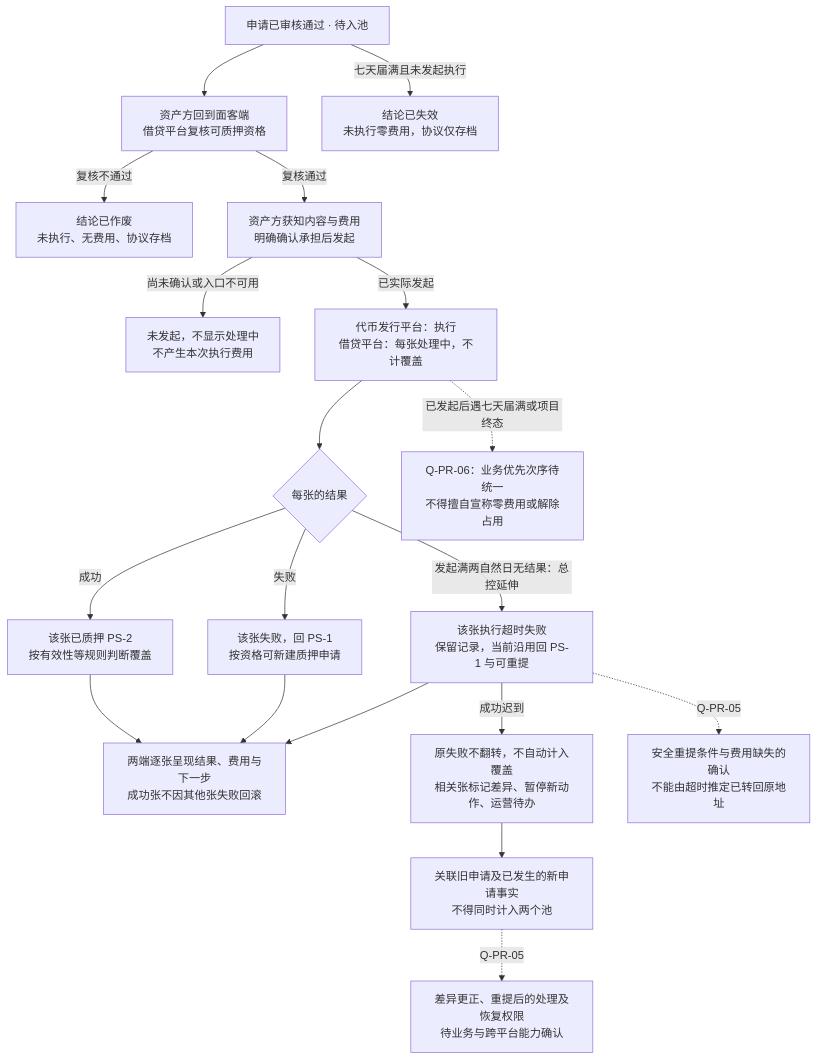
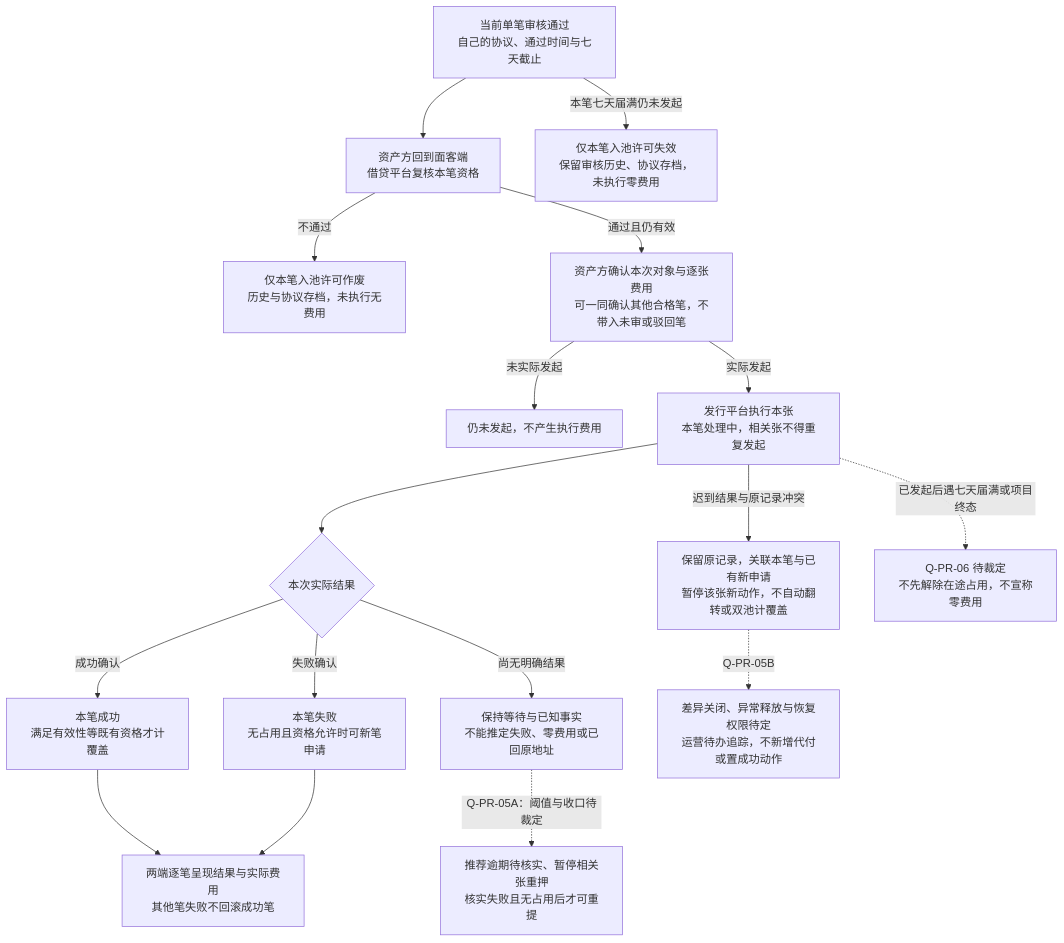
Before and after one commit to wxblockchain/Chain-Financing: the second of 5 diagrams in lending-platform/PRD/v1.0-代币质押审核/v1.0-代币质押审核-流程图与状态机.md, drawn with Mermaid. The commit also changed other lines of this file and 1 other file, not shown here.

````diff
--- a/lending-platform/PRD/v1.0-代币质押审核/v1.0-代币质押审核-流程图与状态机.md
+++ b/lending-platform/PRD/v1.0-代币质押审核/v1.0-代币质押审核-流程图与状态机.md
@@ -54,21 +55,19 @@
 ```mermaid
 flowchart TD
-  A["申请已审核通过 · 待入池"] --> B["资产方回到面客端<br/>借贷平台复核可质押资格"]
-  B -- "复核不通过" --> C["结论已作废<br/>未执行、无费用、协议存档"]
-  B -- "复核通过" --> D["资产方获知内容与费用<br/>明确确认承担后发起"]
-  D -- "尚未确认或入口不可用" --> E["未发起，不显示处理中<br/>不产生本次执行费用"]
-  D -- "已实际发起" --> F["代币发行平台：执行<br/>借贷平台：每张处理中，不计覆盖"]
-  F --> G{"每张的结果"}
-  G -- "成功" --> H["该张已质押 PS-2<br/>按有效性等规则判断覆盖"]
-  G -- "失败" --> I["该张失败，回 PS-1<br/>按资格可新建质押申请"]
-  G -- "发起满两自然日无结果：总控延伸" --> J["该张执行超时失败<br/>保留记录，当前沿用回 PS-1 与可重提"]
-  H --> K["两端逐张呈现结果、费用与下一步<br/>成功张不因其他张失败回滚"]
+  A["当前单笔审核通过<br/>自己的协议、通过时间与七天截止"] --> B["资产方回到面客端<br/>借贷平台复核本笔资格"]
+  B -- "不通过" --> C["仅本笔入池许可作废<br/>历史与协议存档，未执行无费用"]
+  B -- "通过且仍有效" --> D["资产方确认本次对象与逐张费用<br/>可一同确认其他合格笔，不带入未审或驳回笔"]
+  D -- "未实际发起" --> E["仍未发起，不产生执行费用"]
+  D -- "实际发起" --> F["发行平台执行本张<br/>本笔处理中，相关张不得重复发起"]
+  F --> G{"本次实际结果"}
+  G -- "成功确认" --> H["本笔成功<br/>满足有效性等既有资格才计覆盖"]
+  G -- "失败确认" --> I["本笔失败<br/>无占用且资格允许时可新笔申请"]
+  G -- "尚无明确结果" --> J["保持等待与已知事实<br/>不能推定失败、零费用或已回原地址"]
+  H --> K["两端逐笔呈现结果与实际费用<br/>其他笔失败不回滚成功笔"]
   I --> K
-  J --> K
-  J -- "成功迟到" --> L["原失败不翻转，不自动计入覆盖<br/>相关张标记差异、暂停新动作、运营待办"]
-  L --> M["关联旧申请及已发生的新申请事实<br/>不得同时计入两个池"]
-  M -. "Q-PR-05" .-> N["差异更正、重提后的处理及恢复权限<br/>待业务与跨平台能力确认"]
-  J -. "Q-PR-05" .-> P["安全重提条件与费用缺失的确认<br/>不能由超时推定已转回原地址"]
-  A -- "七天届满且未发起执行" --> O["结论已失效<br/>未执行零费用，协议仅存档"]
-  F -. "已发起后遇七天届满或项目终态" .-> Q["Q-PR-06：业务优先次序待统一<br/>不得擅自宣称零费用或解除占用"]
+  J -. "Q-PR-05A：阈值与收口待裁定" .-> U["推荐逾期待核实、暂停相关张重押<br/>核实失败且无占用后才可重提"]
+  F -- "迟到结果与原记录冲突" --> L["保留原记录，关联本笔与已有新申请<br/>暂停该张新动作，不自动翻转或双池计覆盖"]
+  L -. "Q-PR-05B" .-> N["差异关闭、异常释放与恢复权限待定<br/>运营待办追踪，不新增代付或置成功动作"]
+  A -- "本笔七天届满仍未发起" --> O["仅本笔入池许可失效<br/>保留审核历史、协议存档，未执行零费用"]
+  F -. "已发起后遇七天届满或项目终态" .-> P["Q-PR-06 待裁定<br/>不先解除在途占用，不宣称零费用"]
 ```
````
